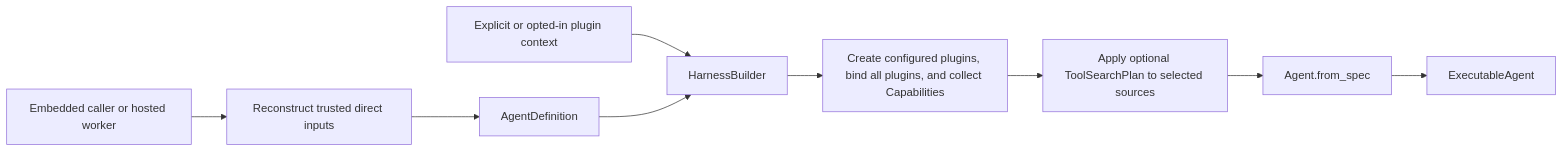
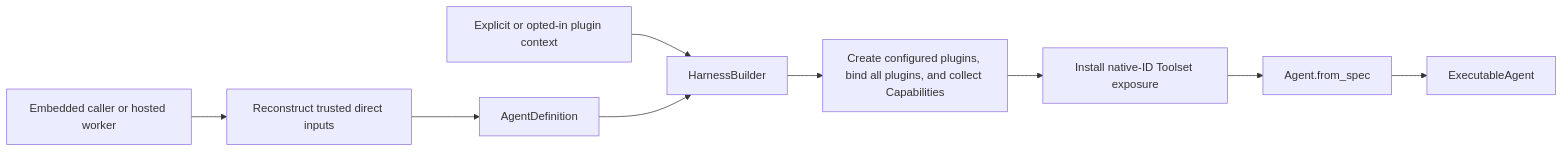
The first of 2 diagrams in spec/a13n-harness/03-agent-definition-and-build.md (converge-ai-labs/agent-foundation), drawn with Mermaid before and after one commit. The commit also changed other lines of this file and 151 other files, not shown here.

First line of the commit message:
feat(harness)!: unify tool exposure and progressive execution

````diff
--- a/spec/a13n-harness/03-agent-definition-and-build.md
+++ b/spec/a13n-harness/03-agent-definition-and-build.md
@@ -9,11 +9,11 @@
 ```mermaid
 flowchart LR
     Host[Embedded caller or hosted worker] --> Reconstruct[Reconstruct trusted direct inputs]
     Reconstruct --> Definition[AgentDefinition]
     Config[Explicit or opted-in plugin context] --> Builder[HarnessBuilder]
     Definition --> Builder
     Builder --> Plugins[Create configured plugins, bind all plugins, and collect Capabilities]
-    Plugins --> Presentation[Apply optional ToolSearchPlan to selected sources]
+    Plugins --> Presentation[Install native-ID Toolset exposure]
     Presentation --> FromSpec[Agent.from_spec]
     FromSpec --> Executable[ExecutableAgent]
 ```
````
